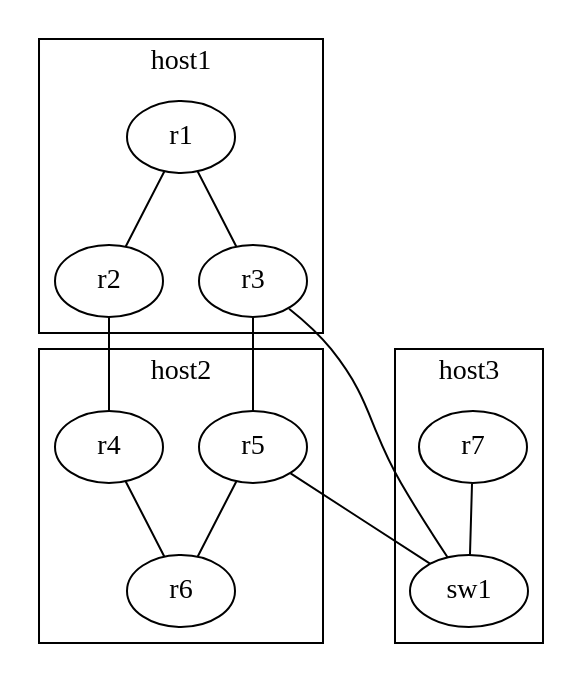
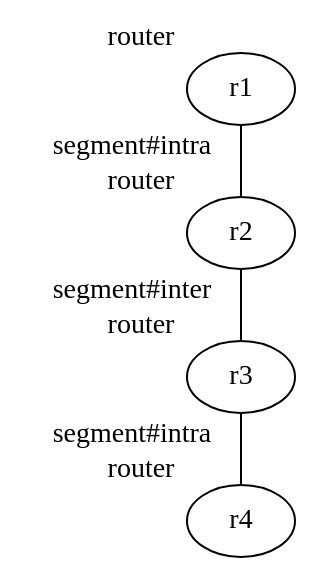
Before and after one commit to cpflat/dot2net: the diagram in example/vlan_multihost/input.dot, drawn with Graphviz. The commit also changed 50 other files, not shown here.

```diff
--- a/example/vlan_multihost/input.dot
+++ b/example/vlan_multihost/input.dot
@@ -1,36 +1,22 @@
 digraph {
-	graph [class="ospf_simple"];
+	// Each host is a group. The class sits in xlabel so that label stays
+	// available as a display title; a subgraph's label doubles as a class.
+	subgraph host1 {
+		xlabel="worker";
+		r1[xlabel="router"];
+		r2[xlabel="router"];
+	}
+	subgraph host2 {
+		xlabel="worker";
+		r3[xlabel="router"];
+		r4[xlabel="router"];
+	}
 
-	subgraph cluster_host1 {
-		label="host1";
-                r1[class="router"];
-		r2[class="router"];
-		r3[class="router"];
-        }
+	// Links that stay inside one host.
+	r1->r2[dir="none", xlabel="segment#intra"];
+	r3->r4[dir="none", xlabel="segment#intra"];
 
-        subgraph cluster_host2 {
-		label="host2";
-		r4[class="router"];
-		r5[class="router"];
-		r6[class="router"];
-        }
-
-        subgraph cluster_host3 {
-		label="host3";
-		sw1[class="switch"];
-                r7[class="router"];
-        }
-
-	// ホスト内接続（通常接続）
-	r1 -> r2 [dir="none", class="normal_conn"];
-	r1 -> r3 [dir="none", class="normal_conn"];
-	r4 -> r6 [dir="none", class="normal_conn"];
-	r5 -> r6 [dir="none", class="normal_conn"];
-	r7 -> sw1 [dir="none", class="normal_conn"];
-
-	// ホスト間VLAN接続
-	r2 -> r4 [dir="none", class="vlan_conn; vlan_name=TRUNK_A"];
-	r3 -> r5 [dir="none", class="vlan_conn; vlan_name=TRUNK_A"];
-	r3 -> sw1 [dir="none", class="vlan_conn; vlan_name=TRUNK_B"];
-	r5 -> sw1 [dir="none", class="vlan_conn; vlan_name=TRUNK_B"];
+	// A link across the host boundary. It belongs to no single host, so it
+	// must not appear in either host file.
+	r2->r3[dir="none", xlabel="segment#inter"];
 }
```
